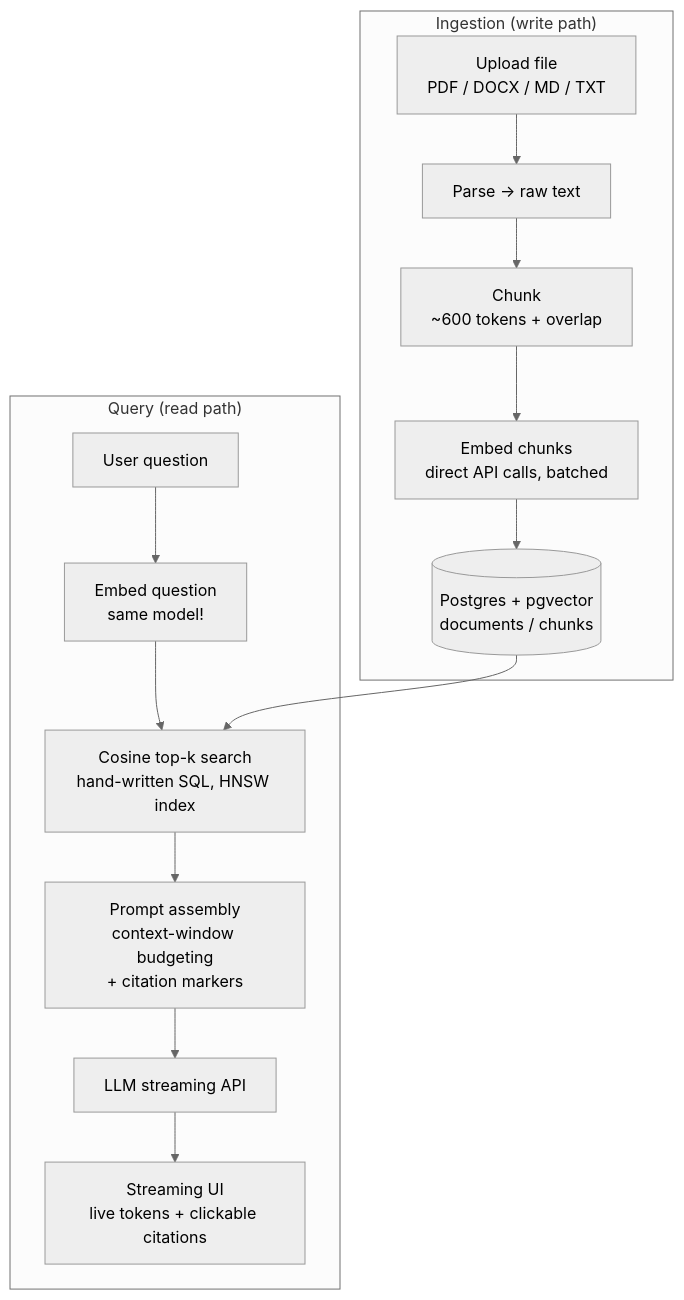
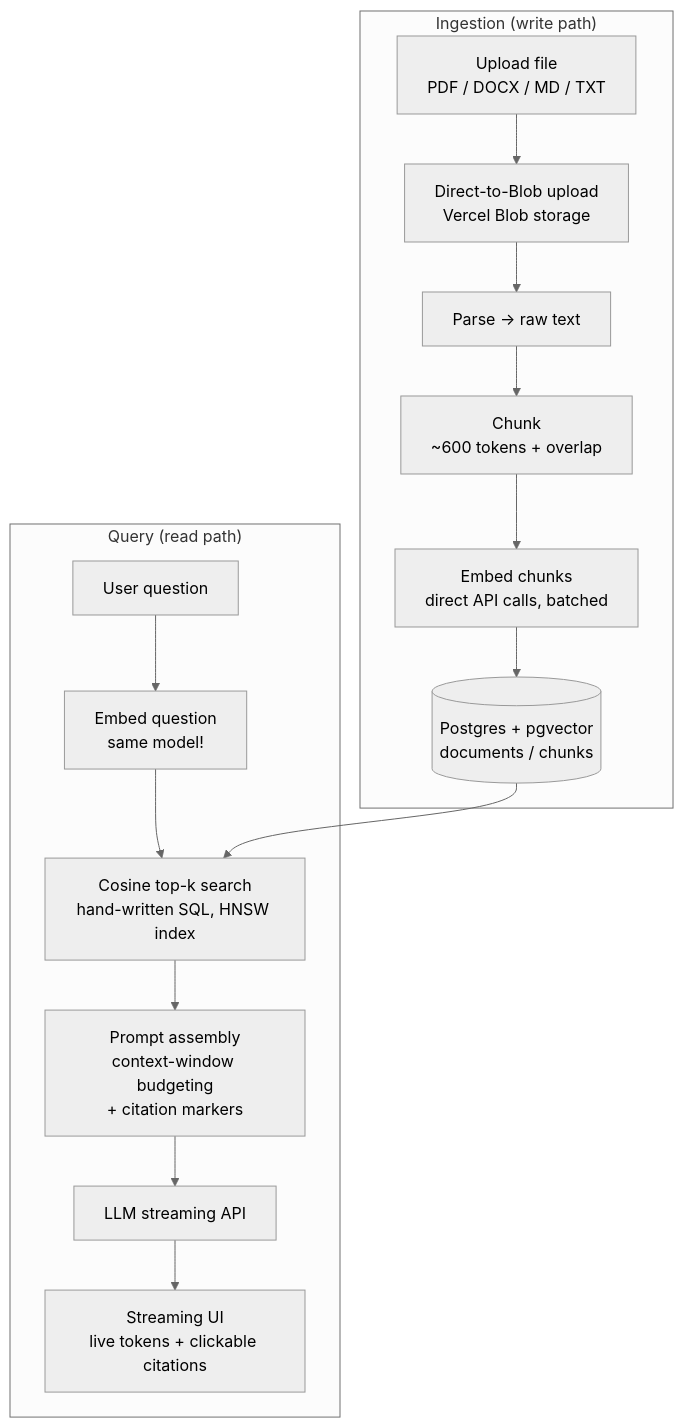
Before and after one commit to MadhuVarshaP/RAG-document-chat-app: the diagram in README.md, drawn with Mermaid (neutral theme). The commit also changed other lines of this file and 1 other file, not shown here.

````diff
--- a/README.md
+++ b/README.md
@@ -23,18 +23,19 @@
 ```mermaid
 flowchart TD
     subgraph Ingestion ["Ingestion (write path)"]
-        U[Upload file<br/>PDF / DOCX / MD / TXT] --> P[Parse → raw text]
+        U[Upload file<br/>PDF / DOCX / MD / TXT] --> BLOB[Direct-to-Blob upload<br/>Vercel Blob storage]
+        BLOB --> P[Parse → raw text]
         P --> C[Chunk<br/>~600 tokens + overlap]
         C --> E1[Embed chunks<br/>direct API calls, batched]
         E1 --> S[(Postgres + pgvector<br/>documents / chunks)]
     end
 
     subgraph Query ["Query (read path)"]
         Q[User question] --> E2[Embed question<br/>same model!]
         E2 --> VS[Cosine top-k search<br/>hand-written SQL, HNSW index]
         S --> VS
         VS --> PA[Prompt assembly<br/>context-window budgeting<br/>+ citation markers]
         PA --> L[LLM streaming API]
         L --> UI[Streaming UI<br/>live tokens + clickable citations]
     end
 ```
````
